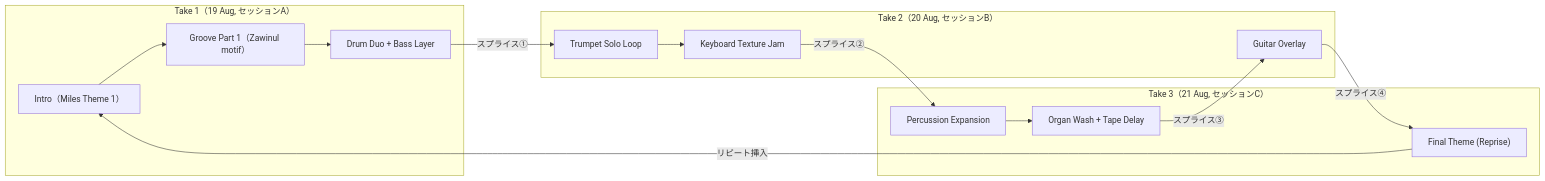
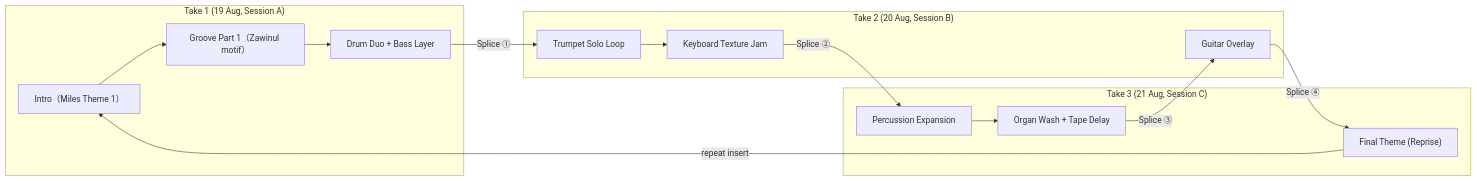
The eighth of 12 diagrams in en/_posts/2025-10-28-column-macero-miles.md (monumental-movement/monumental-movement.github.io), drawn with Mermaid before and after one commit. The commit also changed other lines of this file and 152 other files, not shown here.

```diff
--- a/en/_posts/2025-10-28-column-macero-miles.md
+++ b/en/_posts/2025-10-28-column-macero-miles.md
@@ -350,29 +350,29 @@
 <div class="mermaid">
 
 flowchart LR
-    subgraph SessionA["Take 1（19 Aug, セッションA）"]
+    subgraph SessionA["Take 1 (19 Aug, Session A)"]
         A1["Intro（Miles Theme 1）"]
         A2["Groove Part 1（Zawinul motif）"]
         A3["Drum Duo + Bass Layer"]
     end
-    subgraph SessionB["Take 2（20 Aug, セッションB）"]
+    subgraph SessionB["Take 2 (20 Aug, Session B)"]
         B1["Trumpet Solo Loop"]
         B2["Keyboard Texture Jam"]
         B3["Guitar Overlay"]
     end
-    subgraph SessionC["Take 3（21 Aug, セッションC）"]
+    subgraph SessionC["Take 3 (21 Aug, Session C)"]
         C1["Percussion Expansion"]
         C2["Organ Wash + Tape Delay"]
         C3["Final Theme (Reprise)"]
     end
 
     A1 --> A2 --> A3
-    A3 -->|スプライス①| B1
-    B1 --> B2 -->|スプライス②| C1
-    C1 --> C2 -->|スプライス③| B3
-    B3 -->|スプライス④| C3
-    C3 -->|リピート挿入| A1
+    A3 -->|Splice ①| B1
+    B1 --> B2 -->|Splice ②| C1
+    C1 --> C2 -->|Splice ③| B3
+    B3 -->|Splice ④| C3
+    C3 -->|repeat insert| A1
 
     click A1 "https://en.wikipedia.org/wiki/Bitches_Brew" "Source: Bitches Brew session notes"
 
 </div>
```
